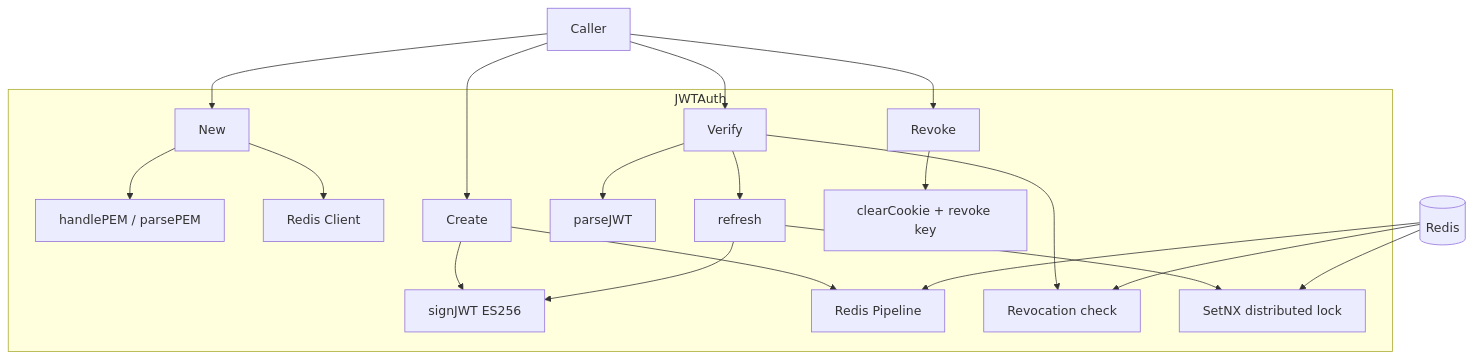
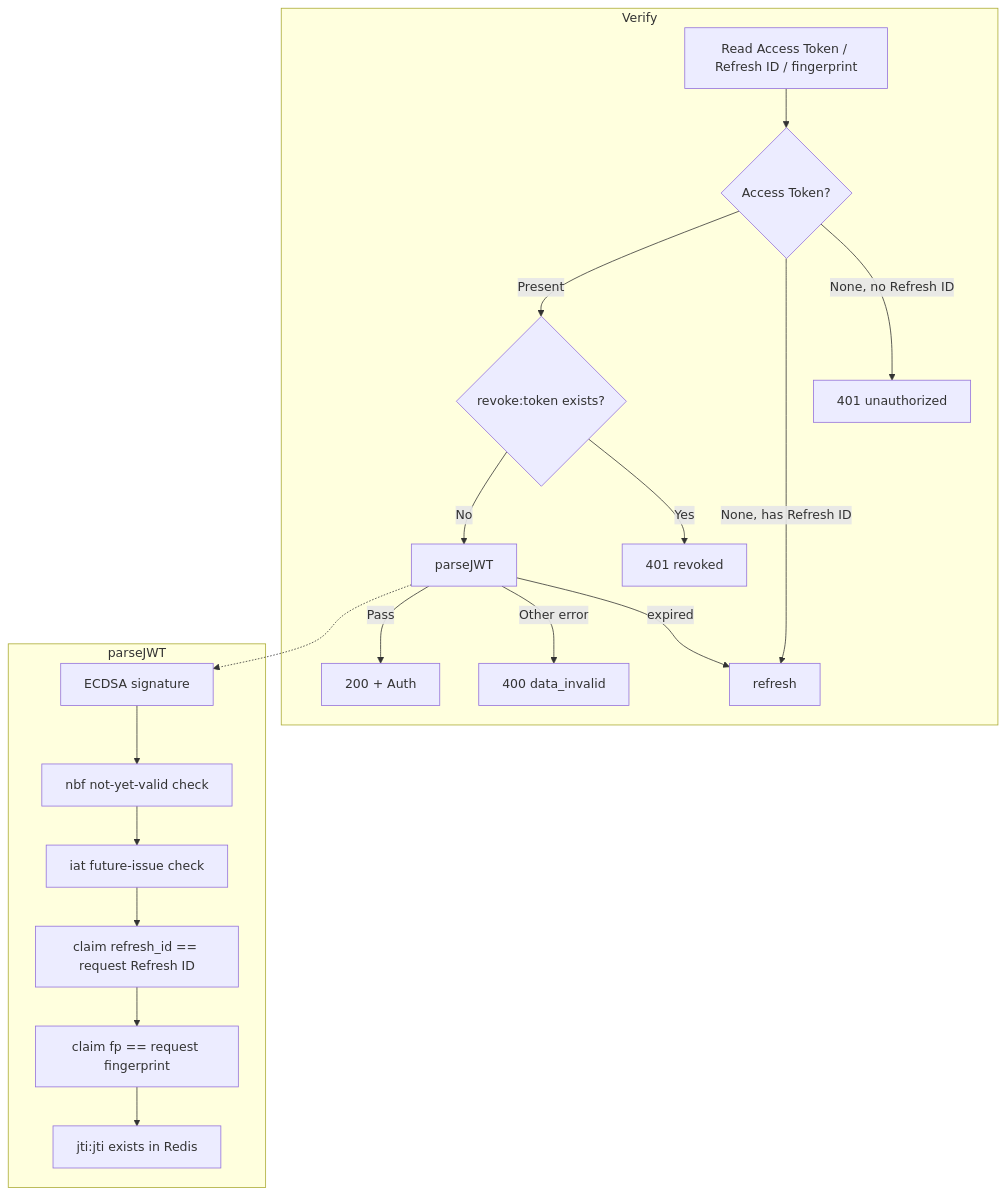
The fourth of 13 diagrams in doc/architecture.md (pardnchiu/go-jwt), drawn with Mermaid before and after one commit. The commit also changed other lines of this file and 6 other files, not shown here.

Commit message:
doc: Regenerate bilingual README, technical docs, and architecture diagrams

````diff
--- a/doc/architecture.md
+++ b/doc/architecture.md
@@ -22,22 +98,24 @@
 ```mermaid
 graph TB
-    subgraph JWTAuth
-        New[New] --> PEM[handlePEM / parsePEM]
-        New --> Redis[Redis Client]
-        Create[Create] --> Sign[signJWT ES256]
-        Create --> Store[Redis Pipeline]
-        Verify[Verify] --> Parse[parseJWT]
-        Verify --> RevokeCheck[Revocation check]
-        Verify --> Refresh[refresh]
-        Refresh --> Lock[SetNX distributed lock]
-        Refresh --> Sign
-        Revoke[Revoke] --> Clear[clearCookie + revoke key]
+    subgraph Verify
+        GET[Read Access Token / Refresh ID / fingerprint] --> A{Access Token?}
+        A -->|None, no Refresh ID| U401[401 unauthorized]
+        A -->|None, has Refresh ID| RF[refresh]
+        A -->|Present| RV{revoke:token exists?}
+        RV -->|Yes| R401[401 revoked]
+        RV -->|No| PJ[parseJWT]
+        PJ -->|expired| RF
+        PJ -->|Other error| I400[400 data_invalid]
+        PJ -->|Pass| OK[200 + Auth]
     end
-    Client[Caller] --> New
-    Client --> Create
-    Client --> Verify
-    Client --> Revoke
-    RedisDB[(Redis)] --> Store
-    RedisDB --> RevokeCheck
-    RedisDB --> Lock
+
+    subgraph parseJWT
+        S[ECDSA signature] --> NBF[nbf not-yet-valid check]
+        NBF --> IAT[iat future-issue check]
+        IAT --> RIDM[claim refresh_id == request Refresh ID]
+        RIDM --> FPM[claim fp == request fingerprint]
+        FPM --> JT[jti:jti exists in Redis]
+    end
+
+    PJ -.-> S
 ```
````
